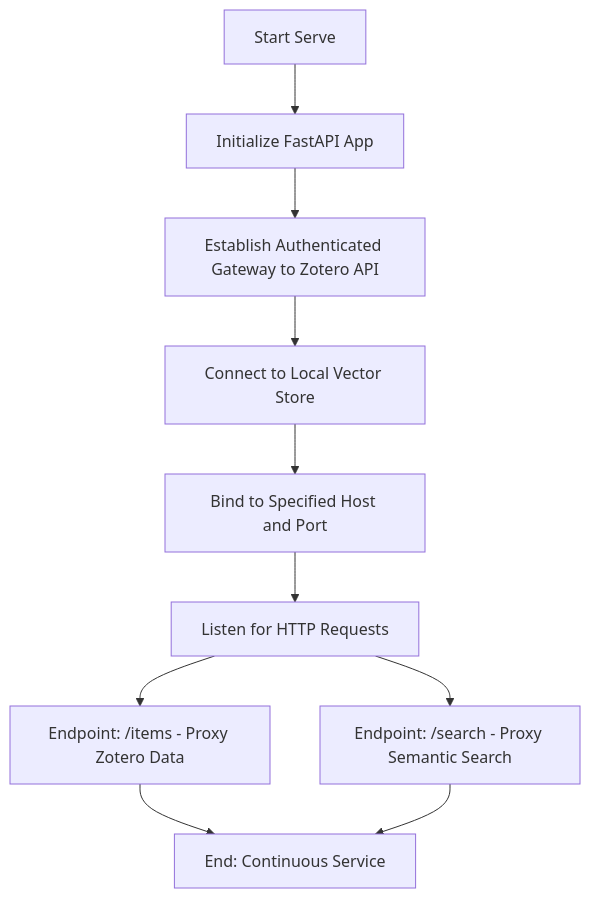
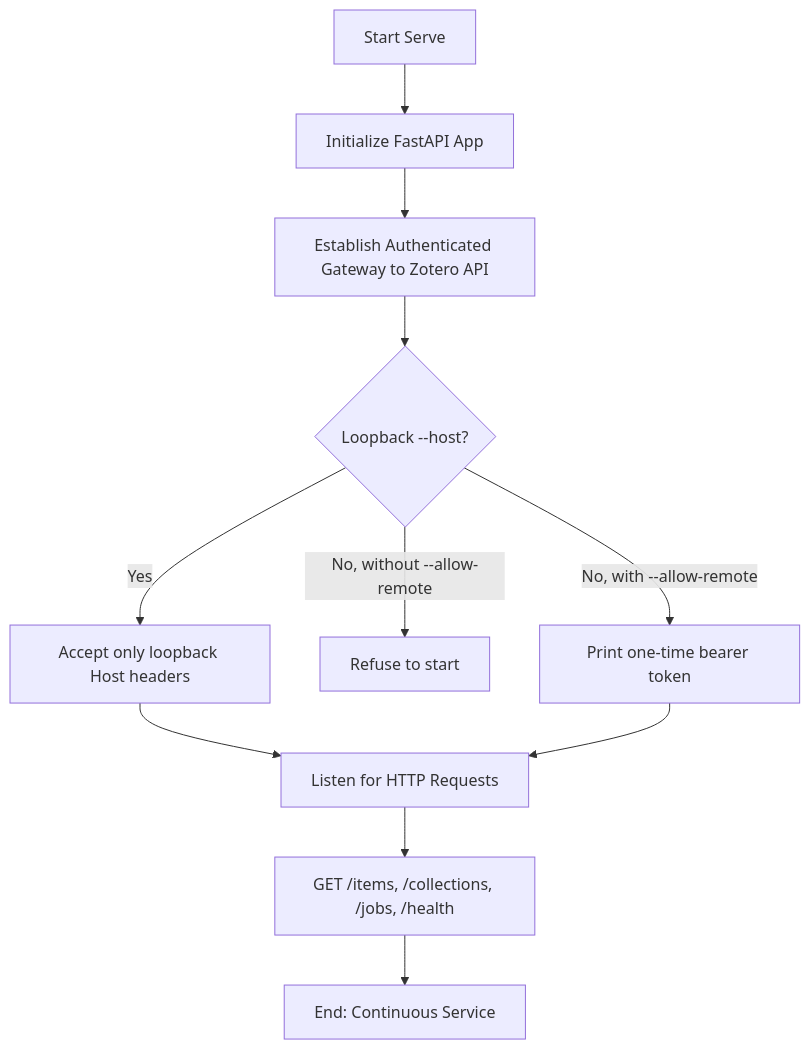
Before and after one commit to fchicout/zotero-cli: the diagram in docs/help_specs/serve.md, drawn with Mermaid. The commit also changed other lines of this file and 9 other files, not shown here.

First line of the commit message:
fix(api): restrict serve to loopback Host headers; require a token for remote binds (#349)

````diff
--- a/docs/help_specs/serve.md
+++ b/docs/help_specs/serve.md
@@ -8,12 +8,13 @@
 ```mermaid
 graph TD
     A["Start Serve"] --> B["Initialize FastAPI App"]
     B --> C["Establish Authenticated Gateway to Zotero API"]
-    C --> D["Connect to Local Vector Store"]
-    D --> E["Bind to Specified Host and Port"]
+    C --> D{"Loopback --host?"}
+    D -->|Yes| E["Accept only loopback Host headers"]
+    D -->|No, without --allow-remote| X["Refuse to start"]
+    D -->|No, with --allow-remote| T["Print one-time bearer token"]
     E --> F["Listen for HTTP Requests"]
-    F --> G["Endpoint: /items - Proxy Zotero Data"]
-    F --> H["Endpoint: /search - Proxy Semantic Search"]
+    T --> F
+    F --> G["GET /items, /collections, /jobs, /health"]
     G --> I["End: Continuous Service"]
-    H --> I
 ```
````
